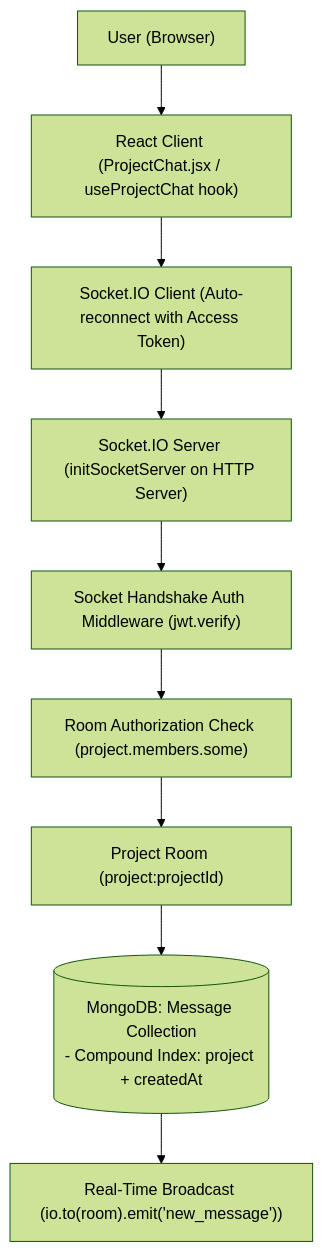
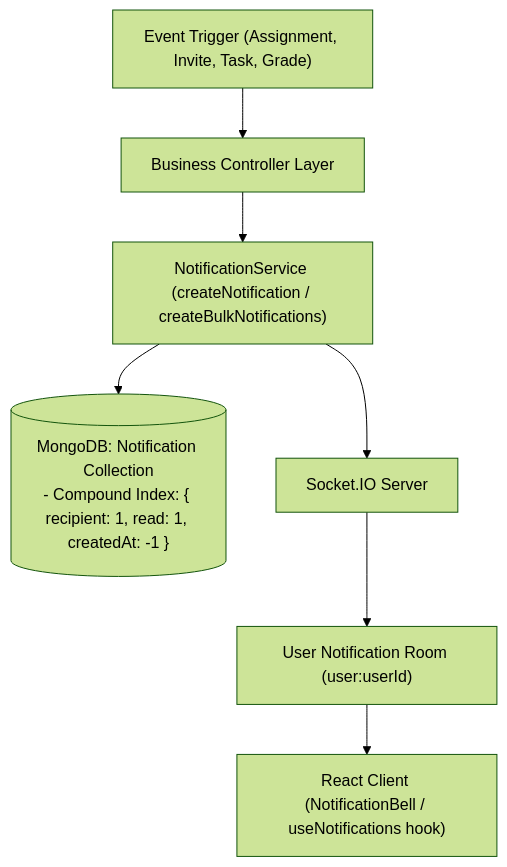
One commit to kubervaidya24-max/CAMPUSFLOW changed the first of 3 diagrams in docs/architecture.md. Above: the diagram before and after it, drawn with Mermaid (forest theme). The commit also changed other lines of this file and 19 other files, not shown here.

Commit message:
feat: implement real time notification system

````diff
--- a/docs/architecture.md
+++ b/docs/architecture.md
@@ -11,15 +11,11 @@
 ```mermaid
 graph TD
-    User["User (Browser)"] --> ReactClient["React Client (ProjectChat.jsx / useProjectChat hook)"]
-    ReactClient --> SocketClient["Socket.IO Client (Auto-reconnect with Access Token)"]
+    Event["Event Trigger (Assignment, Invite, Task, Grade)"] --> Logic["Business Controller Layer"]
+    Logic --> Service["NotificationService (createNotification / createBulkNotifications)"]
     
-    SocketClient --> SocketServer["Socket.IO Server (initSocketServer on HTTP Server)"]
+    Service --> MongoSave[("MongoDB: Notification Collection<br/>- Compound Index: { recipient: 1, read: 1, createdAt: -1 }")]
+    Service --> SocketServer["Socket.IO Server"]
     
-    SocketServer --> HandshakeAuth["Socket Handshake Auth Middleware (jwt.verify)"]
-    HandshakeAuth --> RoomAuth["Room Authorization Check (project.members.some)"]
-    
-    RoomAuth --> ProjectRoom["Project Room (project:projectId)"]
-    
-    ProjectRoom --> MongoSave[("MongoDB: Message Collection<br/>- Compound Index: project + createdAt")]
-    MongoSave --> Broadcast["Real-Time Broadcast (io.to(room).emit('new_message'))"]
+    SocketServer --> UserRoom["User Notification Room (user:userId)"]
+    UserRoom --> ReactClient["React Client (NotificationBell / useNotifications hook)"]
 ```
````
